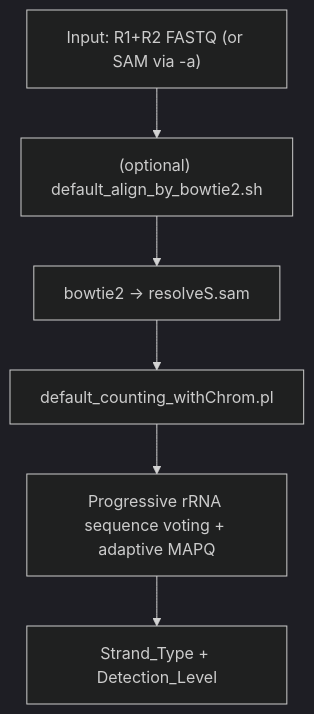
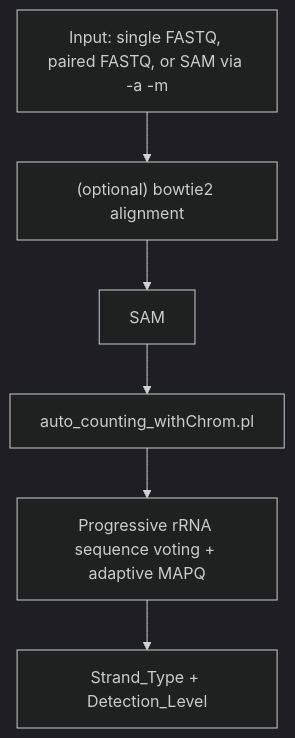
One commit to yudalang3/resolveS changed the first of 3 diagrams in README.md. Above: the diagram before and after it, drawn with Mermaid (dark theme). The commit also changed other lines of this file and 35 other files, not shown here.

First line of the commit message:
feat: add single-end RNA-seq support and refactor counting pipeline

````diff
--- a/README.md
+++ b/README.md
@@ -189,8 +203,8 @@
 ```mermaid
 flowchart TD
-    A["Input: R1+R2 FASTQ (or SAM via -a)"] --> B["(optional) default_align_by_bowtie2.sh"]
-    B --> C["bowtie2 → resolveS.sam"]
-    C --> D["default_counting_withChrom.pl"]
+    A["Input: single FASTQ, paired FASTQ, or SAM via -a -m"] --> B["(optional) bowtie2 alignment"]
+    B --> C["SAM"]
+    C --> D["auto_counting_withChrom.pl"]
     D --> E["Progressive rRNA sequence voting + adaptive MAPQ"]
     E --> F["Strand_Type + Detection_Level"]
 ```
````
